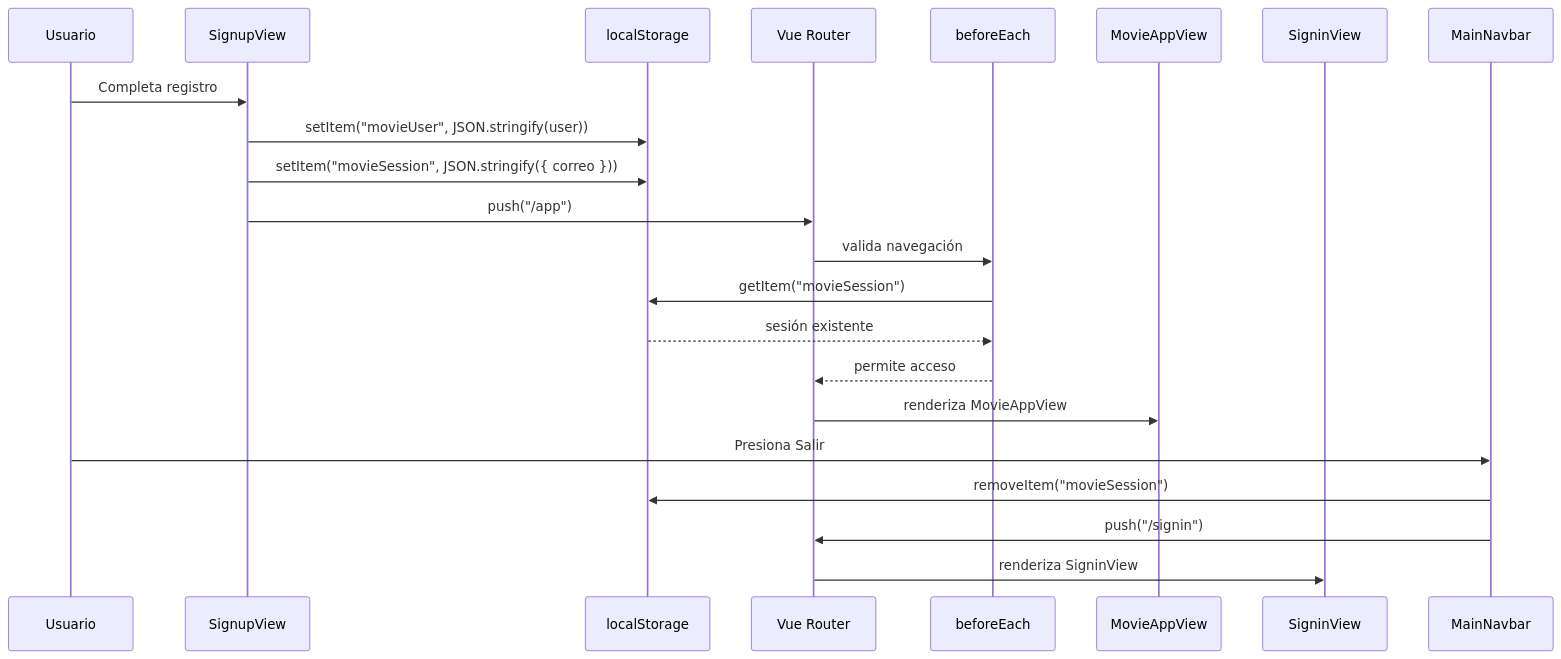
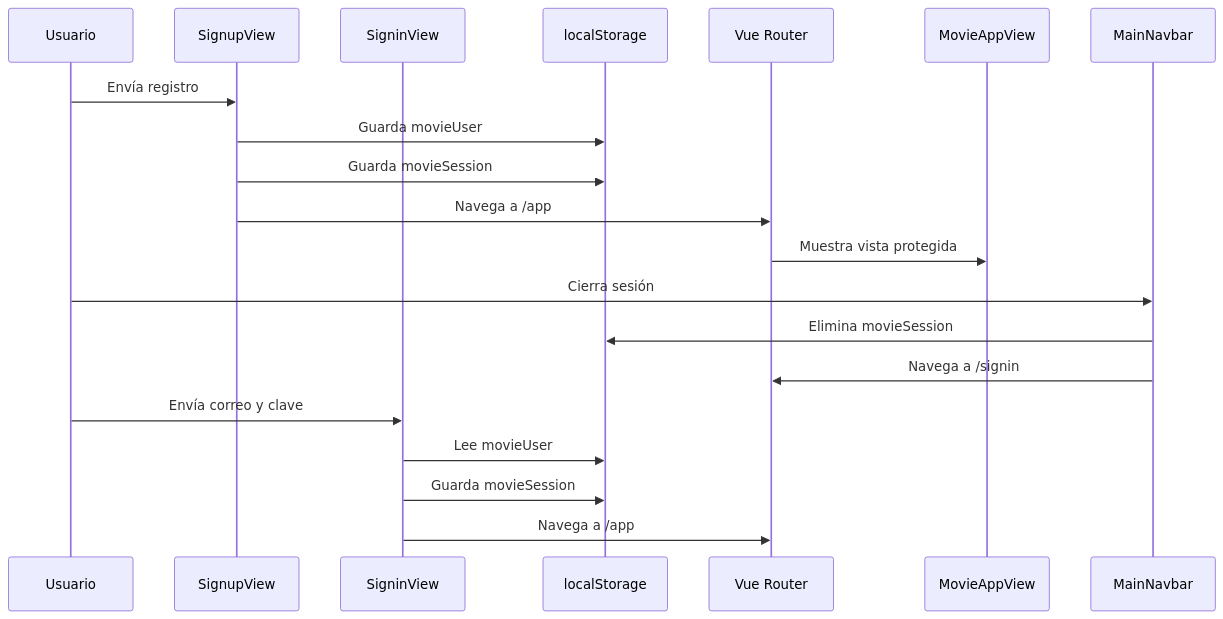
Before and after one commit to brigitterodriguezp/movs-app: the third of 3 diagrams in README.md, drawn with Mermaid. The commit also changed other lines of this file and 8 other files, not shown here.

````diff
--- a/README.md
+++ b/README.md
@@ -267,26 +217,25 @@
 ```mermaid
 sequenceDiagram
-  participant U as Usuario
+  participant User as Usuario
   participant Signup as SignupView
+  participant Signin as SigninView
   participant Storage as localStorage
   participant Router as Vue Router
-  participant Guard as beforeEach
   participant App as MovieAppView
-  participant Signin as SigninView
   participant Navbar as MainNavbar
 
-  U->>Signup: Completa registro
-  Signup->>Storage: setItem("movieUser", JSON.stringify(user))
-  Signup->>Storage: setItem("movieSession", JSON.stringify({ correo }))
-  Signup->>Router: push("/app")
-  Router->>Guard: valida navegación
-  Guard->>Storage: getItem("movieSession")
-  Storage-->>Guard: sesión existente
-  Guard-->>Router: permite acceso
-  Router->>App: renderiza MovieAppView
+  User->>Signup: Envía registro
+  Signup->>Storage: Guarda movieUser
+  Signup->>Storage: Guarda movieSession
+  Signup->>Router: Navega a /app
+  Router->>App: Muestra vista protegida
 
-  U->>Navbar: Presiona Salir
-  Navbar->>Storage: removeItem("movieSession")
-  Navbar->>Router: push("/signin")
-  Router->>Signin: renderiza SigninView
+  User->>Navbar: Cierra sesión
+  Navbar->>Storage: Elimina movieSession
+  Navbar->>Router: Navega a /signin
+
+  User->>Signin: Envía correo y clave
+  Signin->>Storage: Lee movieUser
+  Signin->>Storage: Guarda movieSession
+  Signin->>Router: Navega a /app
 ```
````
